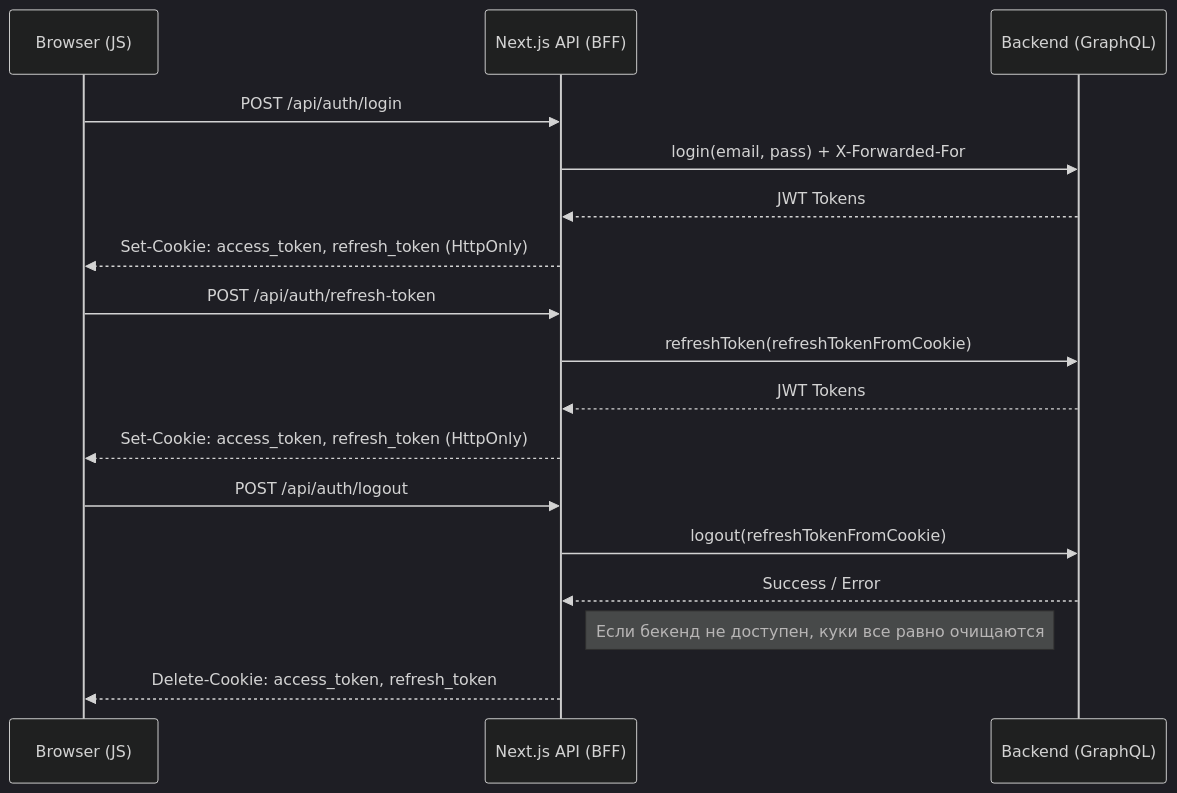
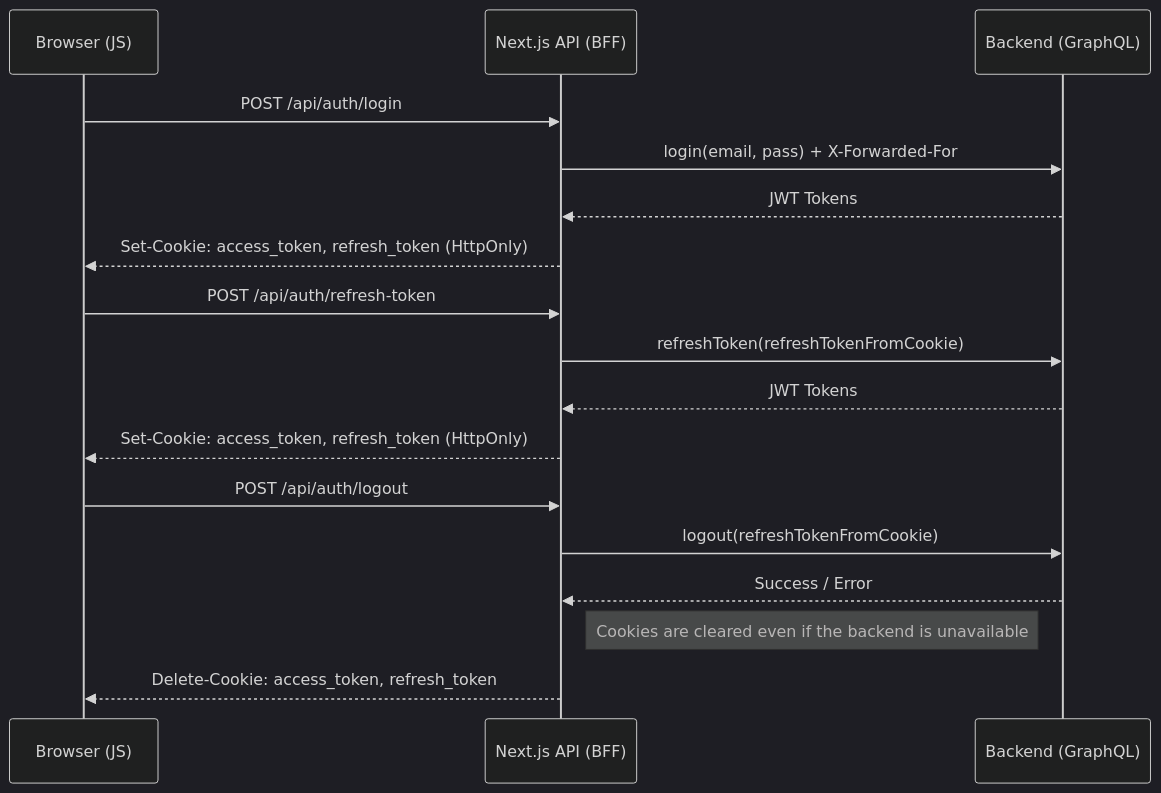
The diagram in docs/adr/002-secure-auth-strategy.md (rbikbov/frontend-engineer-challenge), drawn with Mermaid (dark theme) before and after one commit. The commit also changed other lines of this file and 5 other files, not shown here.

````diff
--- a/docs/adr/002-secure-auth-strategy.md
+++ b/docs/adr/002-secure-auth-strategy.md
@@ -28,22 +28,22 @@
 ```mermaid
 sequenceDiagram
     participant B as Browser (JS)
     participant BFF as Next.js API (BFF)
     participant BE as Backend (GraphQL)
 
     B->>BFF: POST /api/auth/login
     BFF->>BE: login(email, pass) + X-Forwarded-For
     BE-->>BFF: JWT Tokens
     BFF-->>B: Set-Cookie: access_token, refresh_token (HttpOnly)
 
     B->>BFF: POST /api/auth/refresh-token
     BFF->>BE: refreshToken(refreshTokenFromCookie)
     BE-->>BFF: JWT Tokens
     BFF-->>B: Set-Cookie: access_token, refresh_token (HttpOnly)
 
     B->>BFF: POST /api/auth/logout
     BFF->>BE: logout(refreshTokenFromCookie)
     BE-->>BFF: Success / Error
-    Note right of BFF: Если бекенд не доступен, куки все равно очищаются
+    Note right of BFF: Cookies are cleared even if the backend is unavailable
     BFF-->>B: Delete-Cookie: access_token, refresh_token
 ```
````
